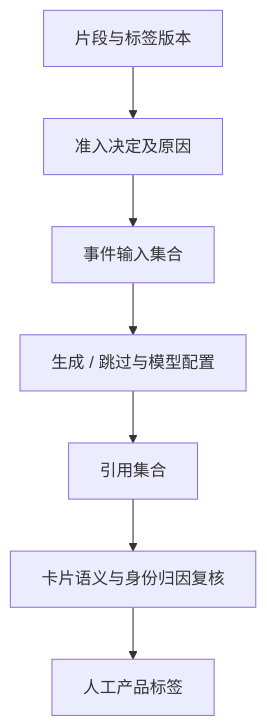
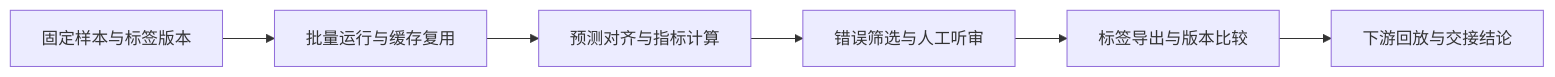
The diagram in docs/05-evaluation.md (xiao222xian/audio-memory-research-notes), drawn with Mermaid before and after one commit. The commit also changed other lines of this file and 13 other files, not shown here.

````diff
--- a/docs/05-evaluation.md
+++ b/docs/05-evaluation.md
@@ -21,9 +9,8 @@
 ```mermaid
-flowchart TD
-  A[片段与标签版本] --> B[准入决定及原因]
-  B --> C[事件输入集合]
-  C --> D[生成 / 跳过与模型配置]
-  D --> E[引用集合]
-  E --> F[卡片语义与身份归因复核]
-  F --> G[人工产品标签]
+flowchart LR
+    A[固定样本与标签版本] --> B[批量运行与缓存复用]
+    B --> C[预测对齐与指标计算]
+    C --> D[错误筛选与人工听审]
+    D --> E[标签导出与版本比较]
+    E --> F[下游回放与交接结论]
 ```
````
